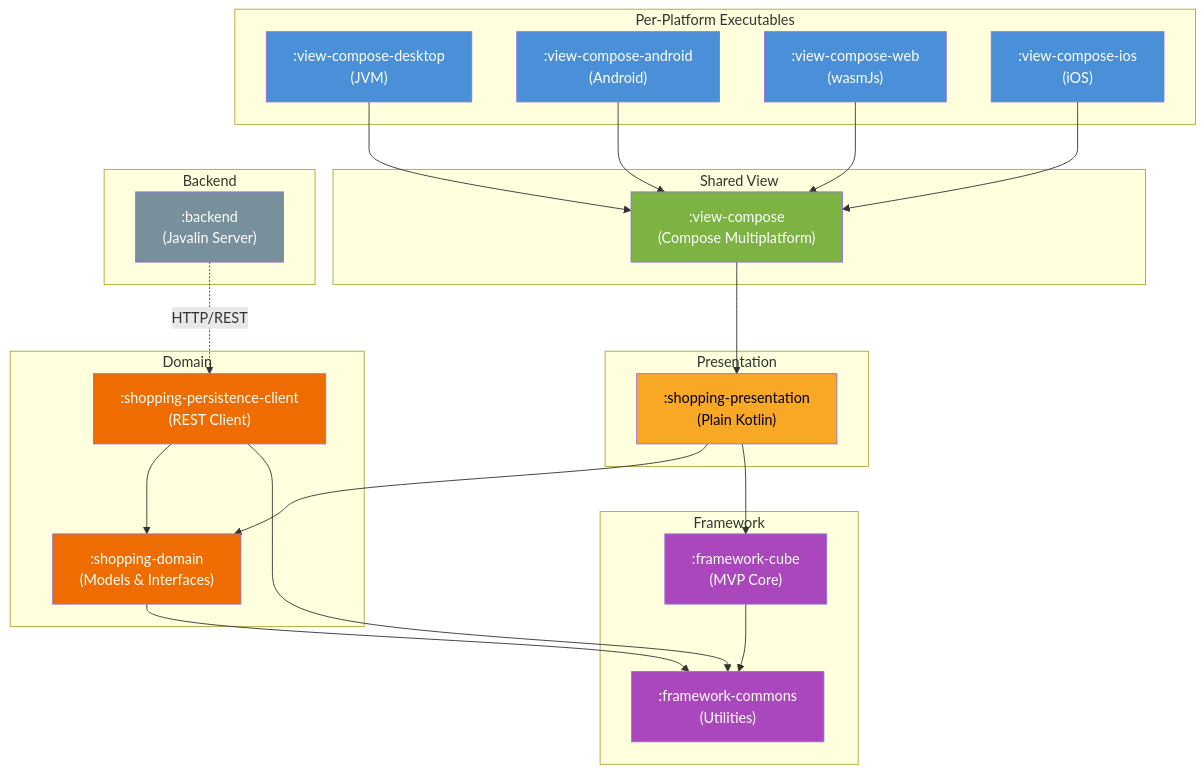
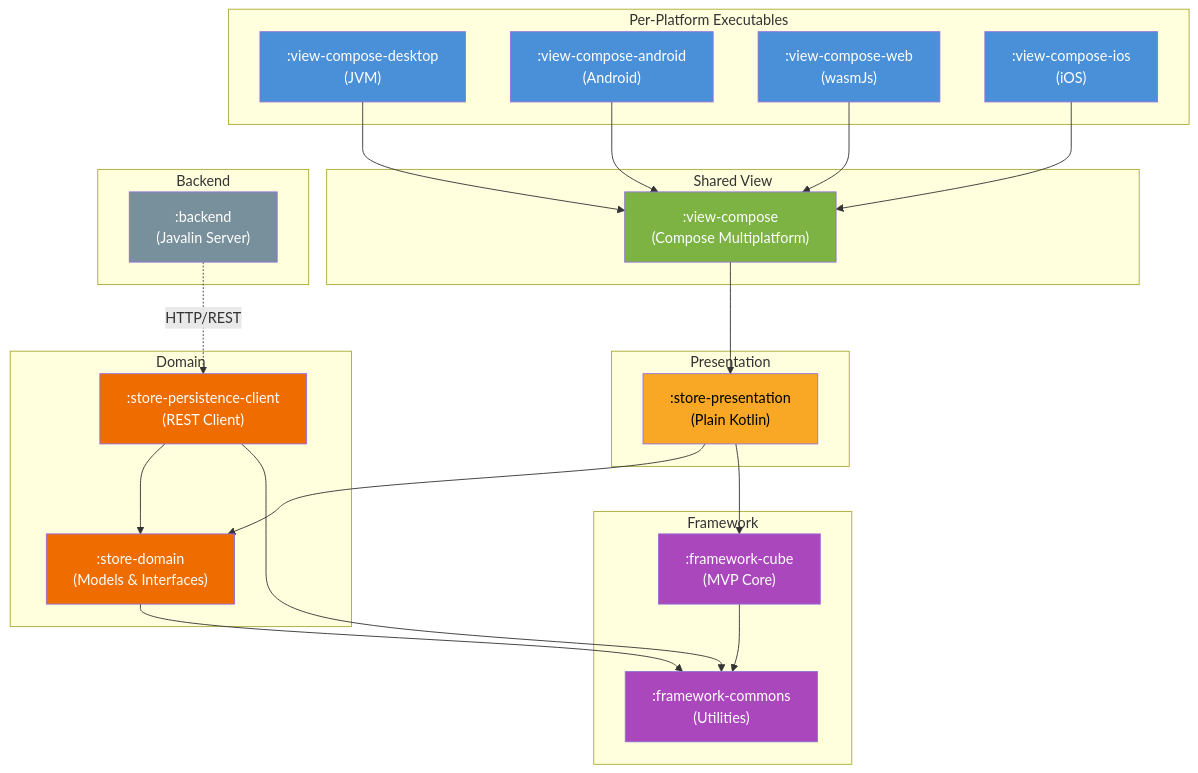
One commit to mrcdom/wdc-cube-kotlin changed the second of 10 diagrams in docs/architecture.md. Above: the diagram before and after it, drawn with Mermaid. The commit also changed other lines of this file and 957 other files, not shown here.

````diff
--- a/docs/architecture.md
+++ b/docs/architecture.md
@@ -105,56 +105,56 @@
 ```mermaid
 graph TB
     subgraph "Per-Platform Executables"
         DESK[":view-compose-desktop<br/>(JVM)"]
         ANDR[":view-compose-android<br/>(Android)"]
         WEB[":view-compose-web<br/>(wasmJs)"]
         IOS[":view-compose-ios<br/>(iOS)"]
     end
 
     subgraph "Shared View"
         VC[":view-compose<br/>(Compose Multiplatform)"]
     end
 
     subgraph "Presentation"
-        PRES[":shopping-presentation<br/>(Plain Kotlin)"]
+        PRES[":store-presentation<br/>(Plain Kotlin)"]
     end
 
     subgraph "Domain"
-        DOM[":shopping-domain<br/>(Models & Interfaces)"]
-        PCLI[":shopping-persistence-client<br/>(REST Client)"]
+        DOM[":store-domain<br/>(Models & Interfaces)"]
+        PCLI[":store-persistence-client<br/>(REST Client)"]
     end
 
     subgraph "Framework"
         CUBE[":framework-cube<br/>(MVP Core)"]
         COMM[":framework-commons<br/>(Utilities)"]
     end
 
     subgraph "Backend"
         BACK[":backend<br/>(Javalin Server)"]
     end
 
     DESK --> VC
     ANDR --> VC
     WEB --> VC
     IOS --> VC
     VC --> PRES
     PRES --> DOM
     PRES --> CUBE
     PCLI --> DOM
     PCLI --> COMM
     CUBE --> COMM
     DOM --> COMM
     BACK -.->|HTTP/REST| PCLI
 
     style DESK fill:#4a90d9,color:#fff
     style ANDR fill:#4a90d9,color:#fff
     style WEB fill:#4a90d9,color:#fff
     style IOS fill:#4a90d9,color:#fff
     style VC fill:#7cb342,color:#fff
     style PRES fill:#f9a825,color:#000
     style DOM fill:#ef6c00,color:#fff
     style PCLI fill:#ef6c00,color:#fff
     style CUBE fill:#ab47bc,color:#fff
     style COMM fill:#ab47bc,color:#fff
     style BACK fill:#78909c,color:#fff
 ```
````
